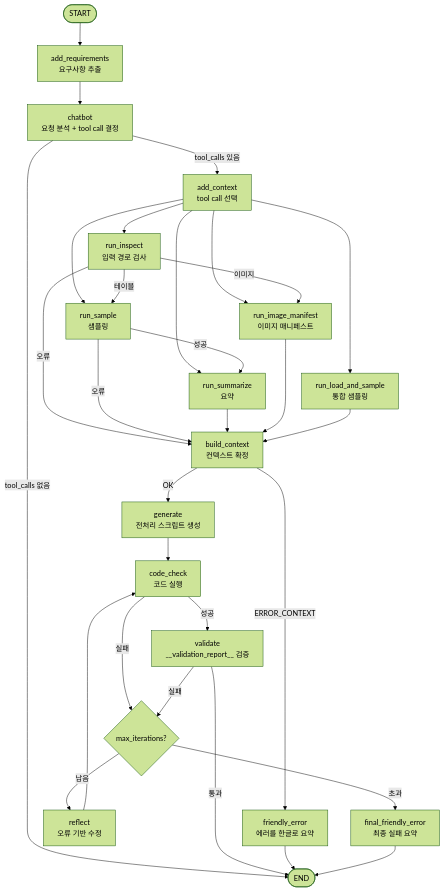
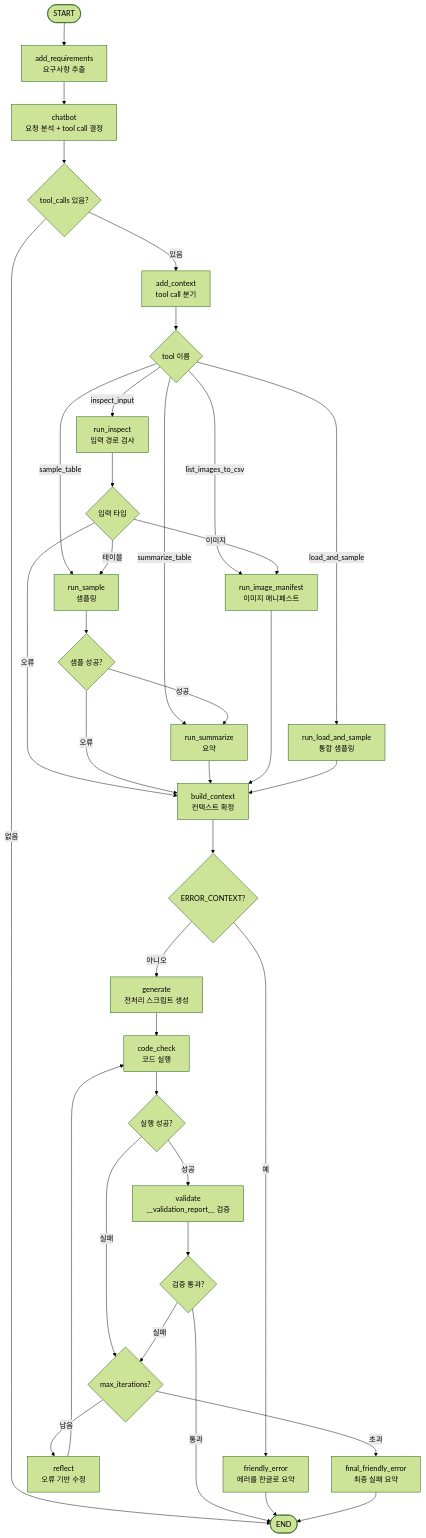
The second of 2 diagrams in README.md (sonsukwoo/Data_preprocessing_auto), drawn with Mermaid (forest theme) before and after one commit. The commit also changed other lines of this file and 1 other file, not shown here.

Commit message:
집 파일 한글 변환 문제 개선

````diff
--- a/README.md
+++ b/README.md
@@ -121,42 +121,49 @@
 ```mermaid
 flowchart TD
   START([START]) --> R[add_requirements<br/>요구사항 추출]
   R --> C[chatbot<br/>요청 분석 + tool call 결정]
 
-  C -->|tool_calls 있음| X[add_context<br/>tool call 선택]
-  C -->|tool_calls 없음| END([END])
+  C --> D0{tool_calls 있음?}
+  D0 -->|없음| END([END])
+  D0 -->|있음| X[add_context<br/>tool call 분기]
 
-  X --> I[run_inspect<br/>입력 경로 검사]
-  X --> S[run_sample<br/>샘플링]
-  X --> M[run_summarize<br/>요약]
-  X --> IMG[run_image_manifest<br/>이미지 매니페스트]
-  X --> LAS[run_load_and_sample<br/>통합 샘플링]
+  X --> D1{tool 이름}
+  D1 -->|inspect_input| I[run_inspect<br/>입력 경로 검사]
+  D1 -->|sample_table| S[run_sample<br/>샘플링]
+  D1 -->|summarize_table| M[run_summarize<br/>요약]
+  D1 -->|list_images_to_csv| IMG[run_image_manifest<br/>이미지 매니페스트]
+  D1 -->|load_and_sample| LAS[run_load_and_sample<br/>통합 샘플링]
 
-  I -->|이미지| IMG
-  I -->|테이블| S
-  I -->|오류| B[build_context<br/>컨텍스트 확정]
+  I --> D2{입력 타입}
+  D2 -->|이미지| IMG
+  D2 -->|테이블| S
+  D2 -->|오류| B[build_context<br/>컨텍스트 확정]
 
-  S -->|성공| M
-  S -->|오류| B
+  S --> D3{샘플 성공?}
+  D3 -->|성공| M
+  D3 -->|오류| B
 
   M --> B
   IMG --> B
   LAS --> B
 
-  B -->|ERROR_CONTEXT| FE[friendly_error<br/>에러를 한글로 요약]
-  B -->|OK| G[generate<br/>전처리 스크립트 생성]
+  B --> D4{ERROR_CONTEXT?}
+  D4 -->|예| FE[friendly_error<br/>에러를 한글로 요약]
+  D4 -->|아니오| G[generate<br/>전처리 스크립트 생성]
 
   G --> E[code_check<br/>코드 실행]
-  E -->|성공| V[validate<br/>__validation_report__ 검증]
-  E -->|실패| D{max_iterations?}
+  E --> D5{실행 성공?}
+  D5 -->|성공| V[validate<br/>__validation_report__ 검증]
+  D5 -->|실패| D{max_iterations?}
 
-  V -->|통과| END
-  V -->|실패| D
+  V --> D6{검증 통과?}
+  D6 -->|통과| END
+  D6 -->|실패| D
 
   D -->|남음| RF[reflect<br/>오류 기반 수정]
   D -->|초과| FFE[final_friendly_error<br/>최종 실패 요약]
 
   RF --> E
   FE --> END
   FFE --> END
 ```
````
